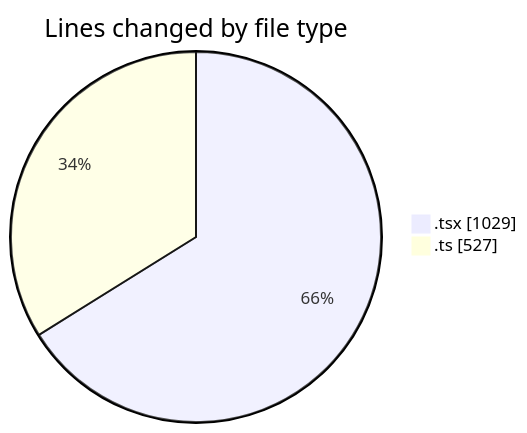
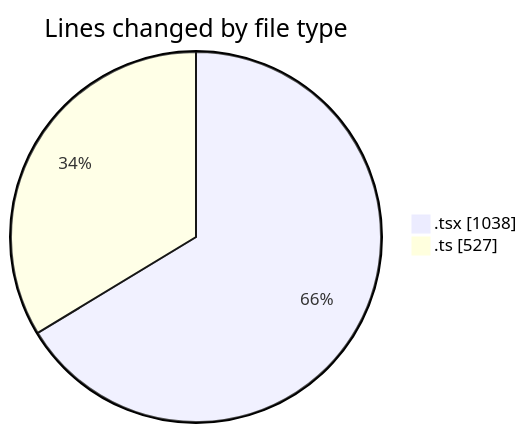
The first of 2 diagrams in 2026-05-12/nxtqube_webapp/README.md (nxtqubesakshisongat/code-tracking), drawn with Mermaid before and after one commit. The commit also changed other lines of this file and 1 other file, not shown here.

````diff
--- a/2026-05-12/nxtqube_webapp/README.md
+++ b/2026-05-12/nxtqube_webapp/README.md
@@ -21,6 +21,6 @@
 ```mermaid
 pie showData
 title Lines changed by file type
-".tsx" : 1029
+".tsx" : 1038
 ".ts" : 527
 ```
````
